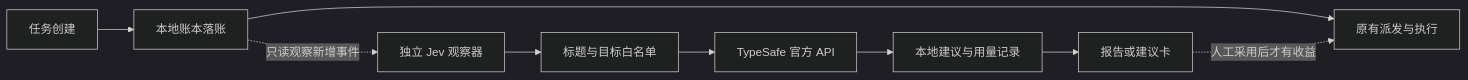
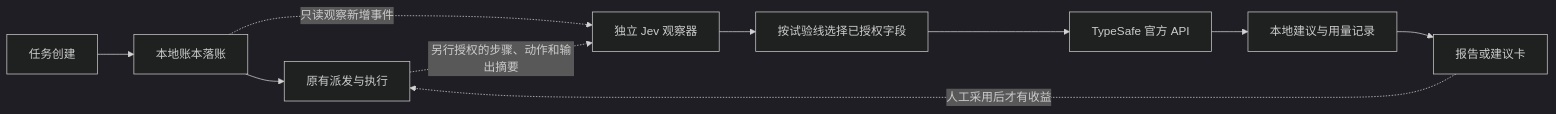
One commit to xiaogezi/taskcenter changed the diagram in docs/jev-integration-proposal.md. Above: the diagram before and after it, drawn with Mermaid (dark theme). The commit also changed other lines of this file, not shown here.

````diff
--- a/docs/jev-integration-proposal.md
+++ b/docs/jev-integration-proposal.md
@@ -101,11 +110,12 @@
 ```mermaid
 flowchart LR
   A[任务创建] --> B[本地账本落账]
   B --> C[原有派发与执行]
   B -.只读观察新增事件.-> D[独立 Jev 观察器]
-  D --> E[标题与目标白名单]
+  C -.另行授权的步骤、动作和输出摘要.-> D
+  D --> E[按试验线选择已授权字段]
   E --> F[TypeSafe 官方 API]
   F --> G[本地建议与用量记录]
   G --> H[报告或建议卡]
   H -.人工采用后才有收益.-> C
 ```
````
